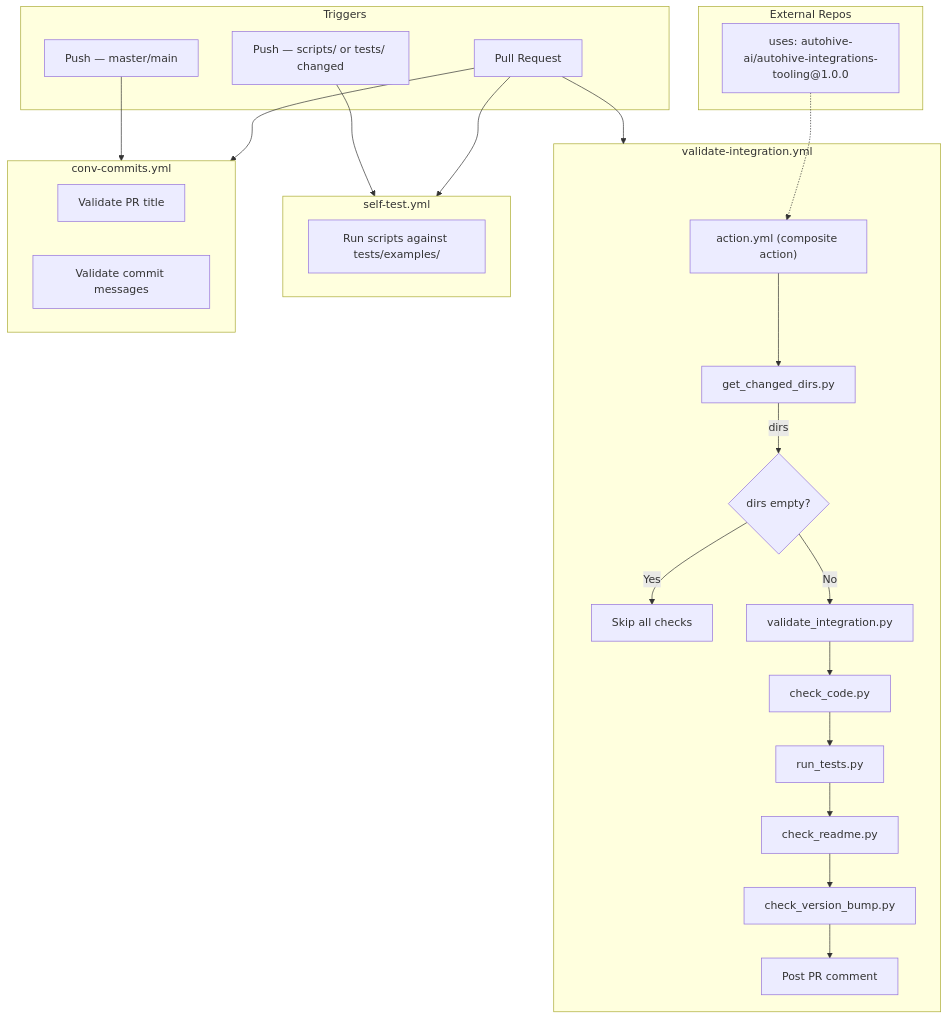
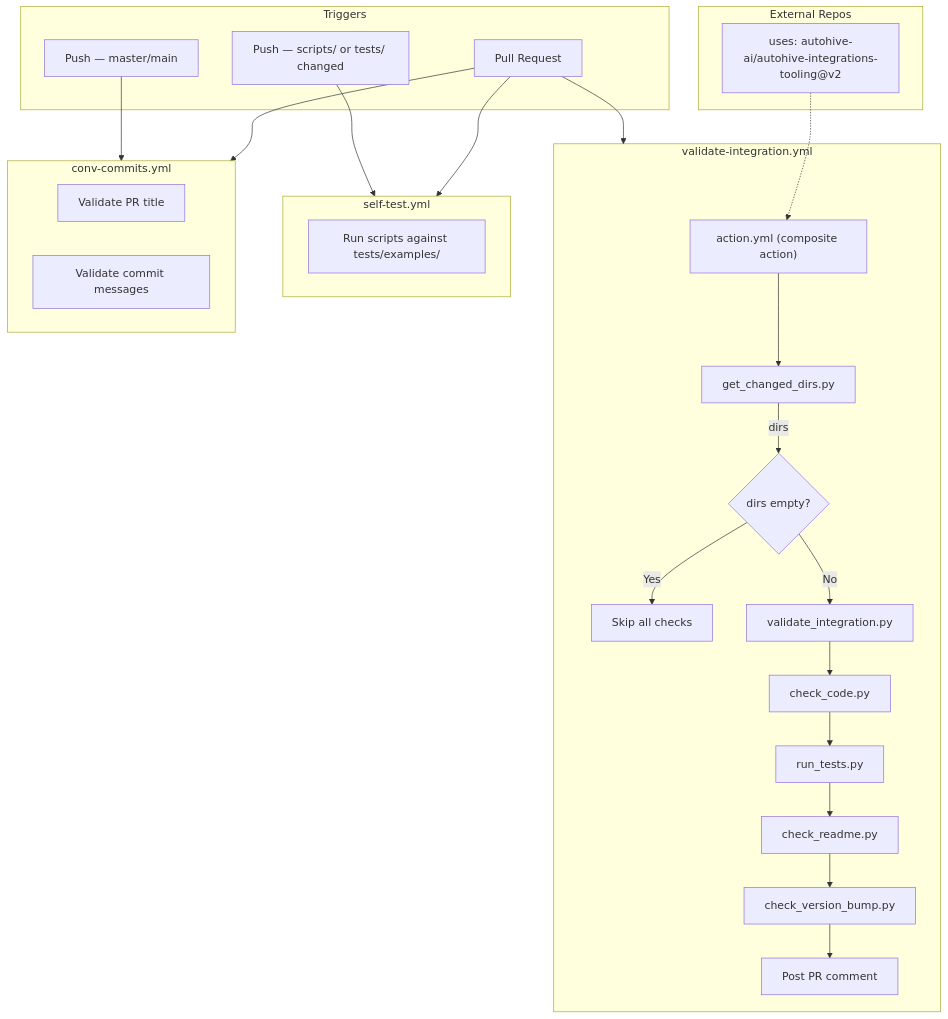
The diagram in README.md (Autohive-AI/autohive-integrations-tooling), drawn with Mermaid before and after one commit. The commit also changed other lines of this file and 31 other files, not shown here.

````diff
--- a/README.md
+++ b/README.md
@@ -34,41 +34,41 @@
 ```mermaid
 flowchart TB
     subgraph triggers["Triggers"]
         PR["Pull Request"]
         PUSH_SCRIPTS["Push — scripts/ or tests/ changed"]
         PUSH_MAIN["Push — master/main"]
     end
 
     subgraph wf1["validate-integration.yml"]
         ACTION["action.yml (composite action)"]
         ACTION --> GCD[get_changed_dirs.py]
         GCD -->|dirs| COND{dirs empty?}
         COND -->|Yes| SKIP[Skip all checks]
         COND -->|No| VI[validate_integration.py]
         VI --> CC[check_code.py]
         CC --> RT[run_tests.py]
         RT --> CR[check_readme.py]
         CR --> VB[check_version_bump.py]
         VB --> CMT_POST[Post PR comment]
     end
 
     subgraph wf2["self-test.yml"]
         ST[Run scripts against tests/examples/]
     end
 
     subgraph wf3["conv-commits.yml"]
         PRT[Validate PR title]
         CMT[Validate commit messages]
     end
 
     subgraph external["External Repos"]
-        EXT["uses: autohive-ai/autohive-integrations-tooling@1.0.0"]
+        EXT["uses: autohive-ai/autohive-integrations-tooling@v2"]
     end
 
     PR --> wf1
     PR --> wf2
     PR --> wf3
     PUSH_SCRIPTS --> wf2
     PUSH_MAIN --> wf3
     EXT -.-> ACTION
 ```
````
